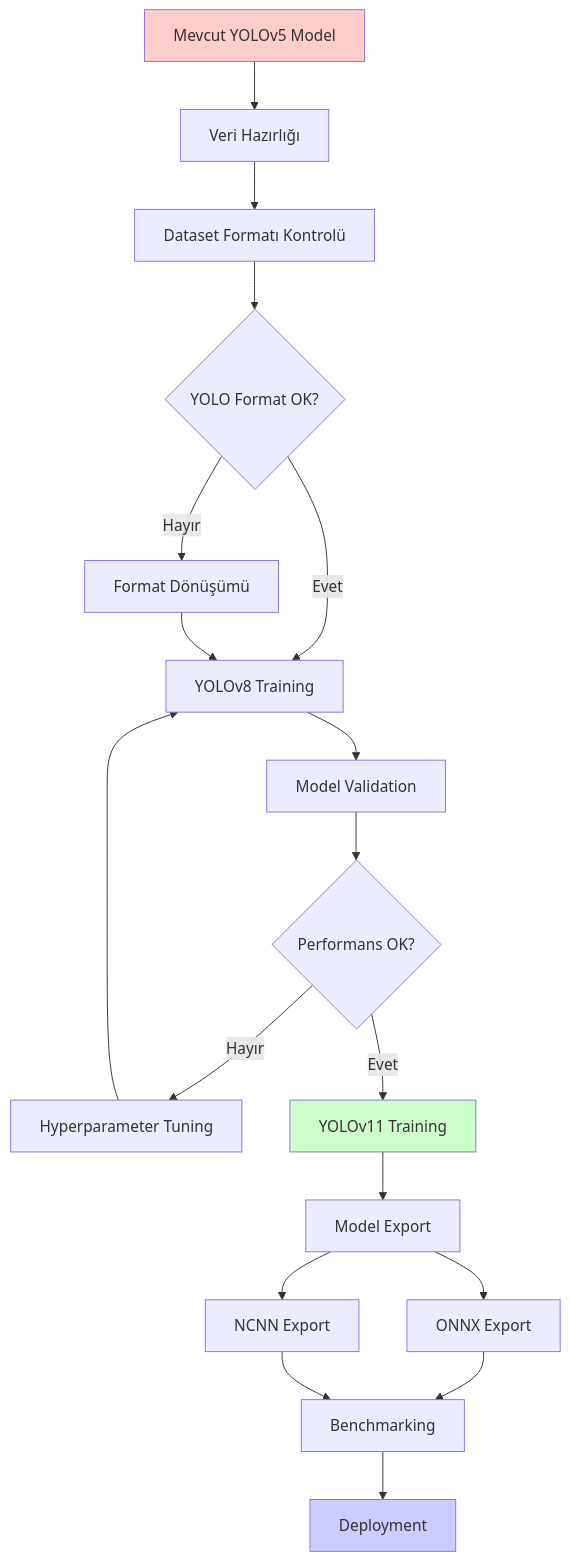
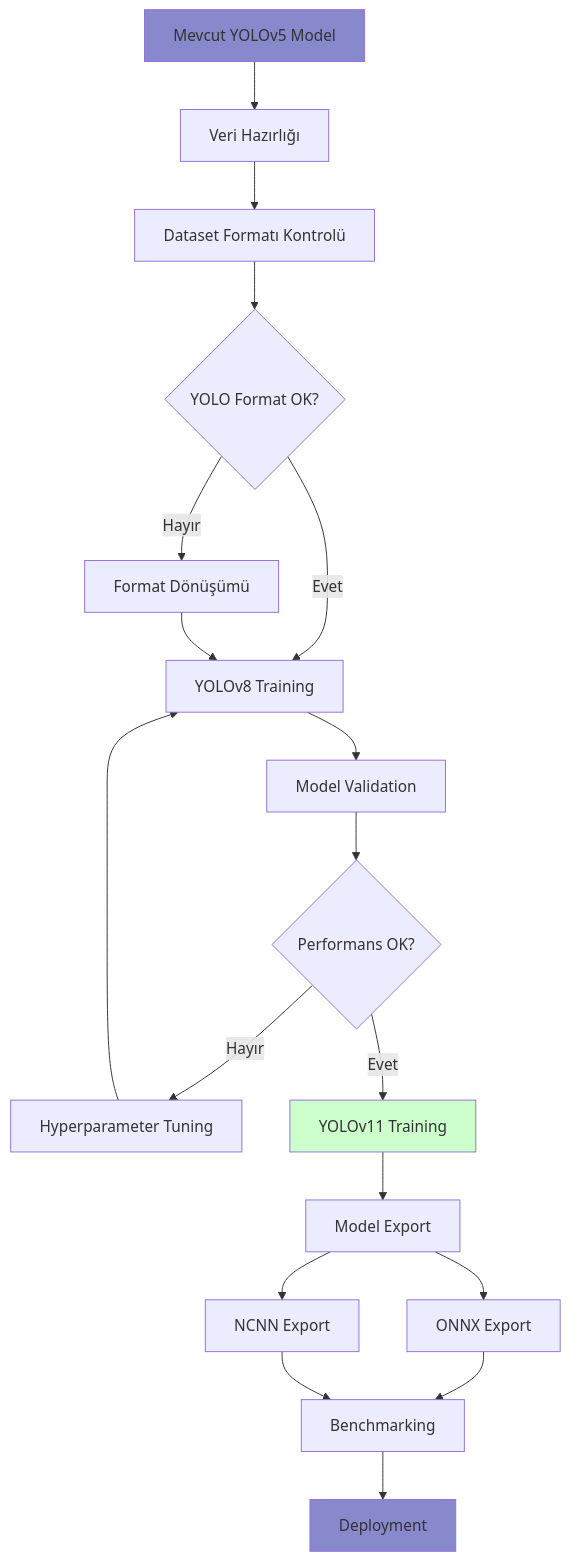
One commit to CYBki/Computer-Vision-MLOps-Toolkit changed the diagram in yolo_upgrade_guide11.md. Above: the diagram before and after it, drawn with Mermaid. The commit also changed other lines of this file, not shown here.

````diff
--- a/yolo_upgrade_guide11.md
+++ b/yolo_upgrade_guide11.md
@@ -38,24 +38,24 @@
 ```mermaid
 graph TD
     A[Mevcut YOLOv5 Model] --> B[Veri Hazırlığı]
     B --> C[Dataset Formatı Kontrolü]
     C --> D{YOLO Format OK?}
     D -->|Hayır| E[Format Dönüşümü]
     D -->|Evet| F[YOLOv8 Training]
     E --> F
     F --> G[Model Validation]
     G --> H{Performans OK?}
     H -->|Hayır| I[Hyperparameter Tuning]
     H -->|Evet| J[YOLOv11 Training]
     I --> F
     J --> K[Model Export]
     K --> L[ONNX Export]
     K --> M[NCNN Export]
     L --> N[Benchmarking]
     M --> N
     N --> O[Deployment]
     
-    style A fill:#ffcccc
+    style A fill:#8888cc
     style J fill:#ccffcc
-    style O fill:#ccccff
+    style O fill:#8888cc
 ```
````
